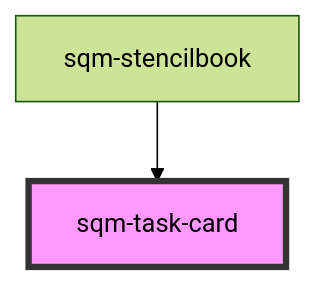
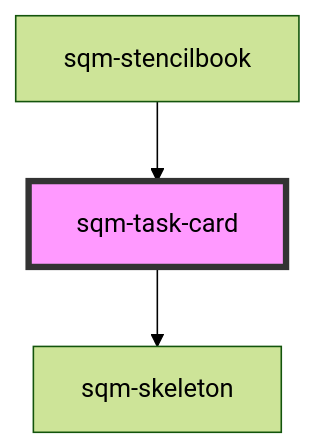
The diagram in packages/mint-components/src/components/sqm-task-card/readme.md (saasquatch/program-tools), drawn with Mermaid (forest theme) before and after one commit. The commit also changed other lines of this file and 15 other files, not shown here.

````diff
--- a/packages/mint-components/src/components/sqm-task-card/readme.md
+++ b/packages/mint-components/src/components/sqm-task-card/readme.md
@@ -50,5 +54,6 @@
 ```mermaid
 graph TD;
+  sqm-task-card --> sqm-skeleton
   sqm-stencilbook --> sqm-task-card
   style sqm-task-card fill:#f9f,stroke:#333,stroke-width:4px
 ```
````
